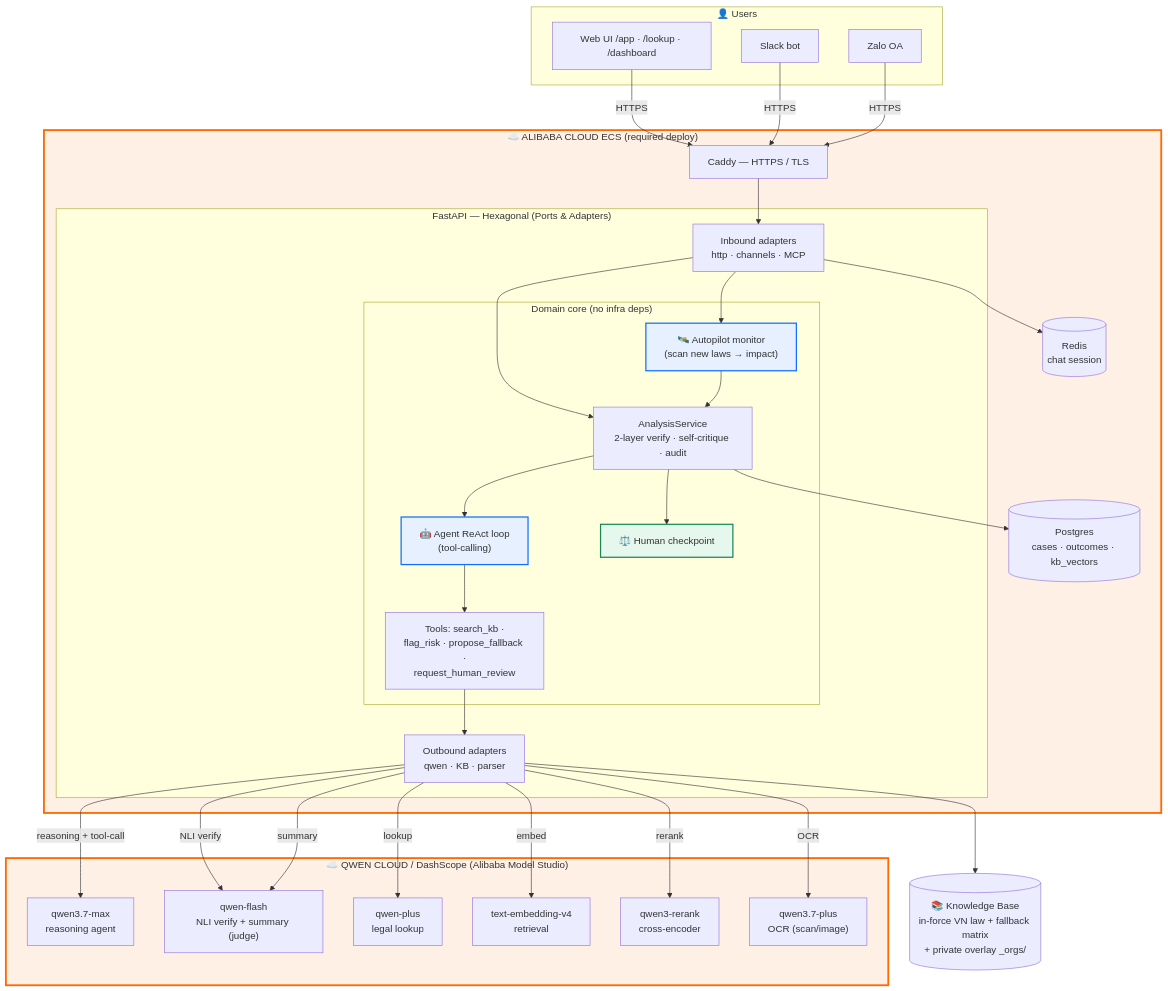
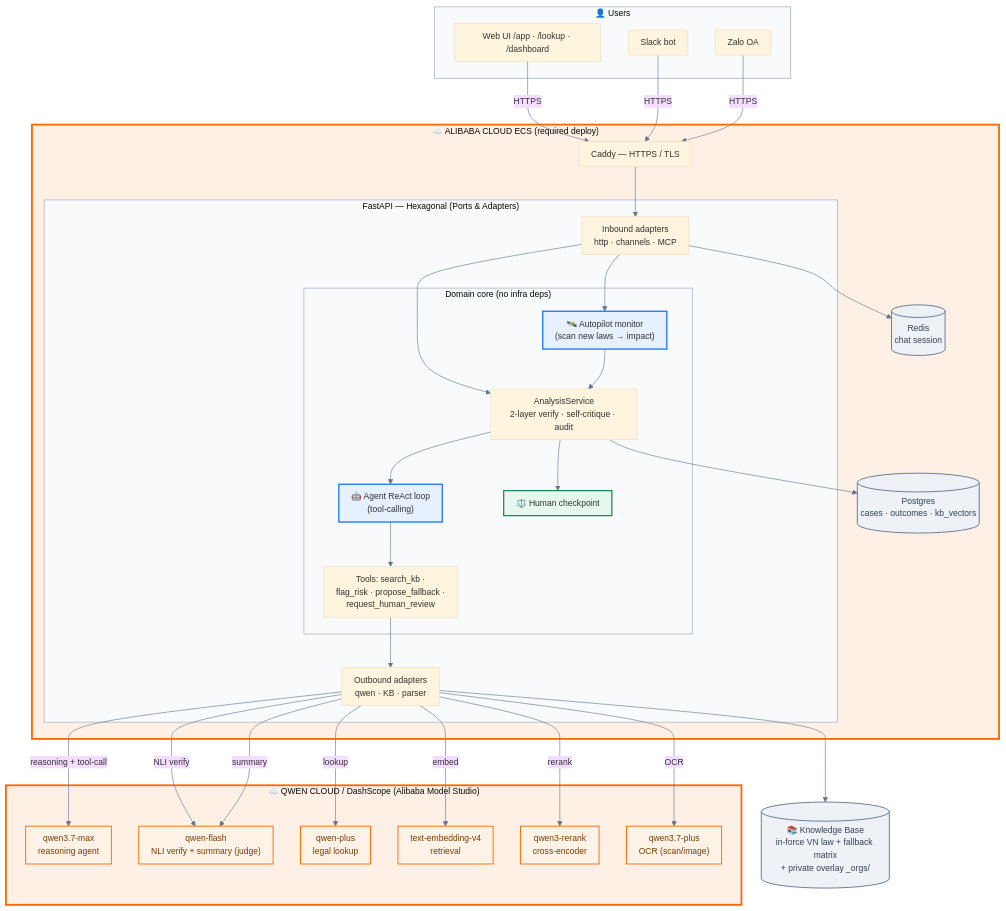
Before and after one commit to trungnguyen1618033/legal-guard-PH: the first of 2 diagrams in docs/architecture-diagram.en.md, drawn with Mermaid.

Commit message:
docs(diagram): init config + color-code (Qwen models cam, storage xám) cho architecture đẹp hơn
Thêm %%{init}%% (font Inter, cạnh cong basis, giãn node/rank) + classDef qwen/store
→ 6 model Qwen nổi bật (nhấn mandatory Qwen), storage xám, edges mượt. Cho export
PNG nộp Devpost sạch/pro hơn.

````diff
--- a/docs/architecture-diagram.en.md
+++ b/docs/architecture-diagram.en.md
@@ -9,57 +9,62 @@
 ```mermaid
+%%{init: {'theme':'base', 'themeVariables': {'fontFamily':'Inter, Segoe UI, Roboto, sans-serif', 'fontSize':'14px', 'lineColor':'#64748b', 'clusterBkg':'#f8fafc', 'clusterBorder':'#94a3b8'}, 'flowchart': {'curve':'basis', 'nodeSpacing':45, 'rankSpacing':55, 'htmlLabels':true, 'padding':10}}}%%
 flowchart TB
     subgraph users["👤 Users"]
         U1["Web UI /app · /lookup · /dashboard"]
         U2["Slack bot"]
         U3["Zalo OA"]
     end
 
     subgraph alibaba["☁️ ALIBABA CLOUD ECS (required deploy)"]
         CADDY["Caddy — HTTPS / TLS"]
         subgraph app["FastAPI — Hexagonal (Ports & Adapters)"]
             IN["Inbound adapters<br/>http · channels · MCP"]
             subgraph core["Domain core (no infra deps)"]
                 AGENT["🤖 Agent ReAct loop<br/>(tool-calling)"]
                 TOOLS["Tools: search_kb ·<br/>flag_risk · propose_fallback ·<br/>request_human_review"]
                 ANALYSIS["AnalysisService<br/>2-layer verify · self-critique · audit"]
                 CHECK["⚖️ Human checkpoint"]
                 AUTOPILOT["🛰️ Autopilot monitor<br/>(scan new laws → impact)"]
             end
             OUT["Outbound adapters<br/>qwen · KB · parser"]
         end
         PG[("Postgres<br/>cases · outcomes · kb_vectors")]
         REDIS[("Redis<br/>chat session")]
     end
 
     subgraph qwencloud["☁️ QWEN CLOUD / DashScope (Alibaba Model Studio)"]
         QMAX["qwen3.7-max<br/>reasoning agent"]
         QFLASH["qwen-flash<br/>NLI verify + summary (judge)"]
         QPLUS["qwen-plus<br/>legal lookup"]
         QEMB["text-embedding-v4<br/>retrieval"]
         QRR["qwen3-rerank<br/>cross-encoder"]
         QVL["qwen3.7-plus<br/>OCR (scan/image)"]
     end
 
     KB[("📚 Knowledge Base<br/>in-force VN law + fallback matrix<br/>+ private overlay _orgs/")]
 
     U1 & U2 & U3 -->|HTTPS| CADDY --> IN --> ANALYSIS
     ANALYSIS --> AGENT --> TOOLS --> OUT
     ANALYSIS --> CHECK
     IN --> AUTOPILOT --> ANALYSIS
     OUT -->|reasoning + tool-call| QMAX
     OUT -->|NLI verify| QFLASH
     OUT -->|lookup| QPLUS
     OUT -->|embed| QEMB
     OUT -->|rerank| QRR
     OUT -->|OCR| QVL
     OUT --> KB
     OUT -->|summary| QFLASH
     ANALYSIS --> PG
     IN --> REDIS
 
     style alibaba fill:#fff0e6,stroke:#ff6a00,stroke-width:3px
     style qwencloud fill:#fff0e6,stroke:#ff6a00,stroke-width:3px
     style CHECK fill:#e6f7ed,stroke:#198754,stroke-width:2px
     style AGENT fill:#e6f0ff,stroke:#0d6efd,stroke-width:2px
     style AUTOPILOT fill:#e6f0ff,stroke:#0d6efd,stroke-width:2px
+    classDef qwen fill:#fff3e8,stroke:#ff6a00,stroke-width:1.5px,color:#7a3b00
+    classDef store fill:#eef2f7,stroke:#64748b,stroke-width:1.5px,color:#334155
+    class QMAX,QFLASH,QPLUS,QEMB,QRR,QVL qwen
+    class PG,REDIS,KB store
 ```
````
